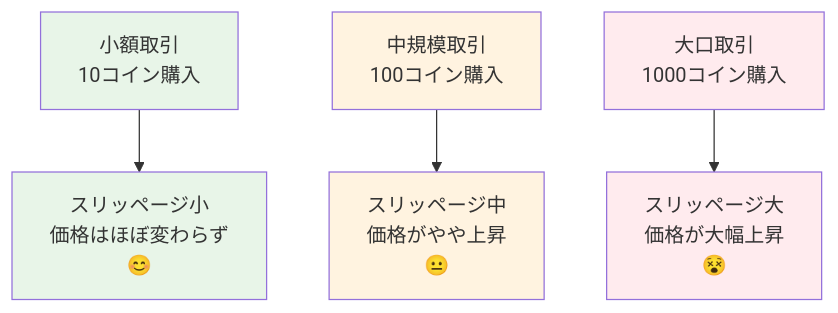
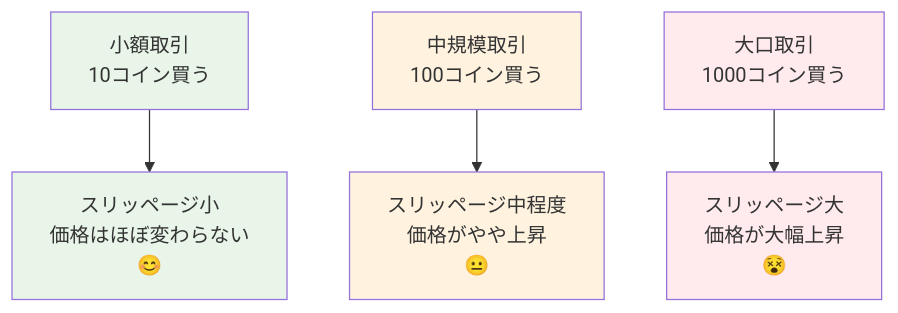
Before and after one commit to pinpetfun/pinpet-book: the sixth of 9 diagrams in doc/ja/AMM_Market_Making.md, drawn with Mermaid. The commit also changed other lines of this file and 54 other files, not shown here.

````diff
--- a/doc/ja/AMM_Market_Making.md
+++ b/doc/ja/AMM_Market_Making.md
@@ -217,13 +217,13 @@
 ```mermaid
 graph TD
-    A[小額取引<br/>10コイン購入] --> B[スリッページ小<br/>価格はほぼ変わらず<br/>😊]
-    C[中規模取引<br/>100コイン購入] --> D[スリッページ中<br/>価格がやや上昇<br/>😐]
-    E[大口取引<br/>1000コイン購入] --> F[スリッページ大<br/>価格が大幅上昇<br/>😵]
+    A[小額取引<br/>10コイン買う] --> B[スリッページ小<br/>価格はほぼ変わらない<br/>😊]
+    C[中規模取引<br/>100コイン買う] --> D[スリッページ中程度<br/>価格がやや上昇<br/>😐]
+    E[大口取引<br/>1000コイン買う] --> F[スリッページ大<br/>価格が大幅上昇<br/>😵]
 
     style A fill:#e8f5e8
     style B fill:#e8f5e8
     style C fill:#fff3e0
     style D fill:#fff3e0
     style E fill:#ffebee
     style F fill:#ffebee
 ```
````
